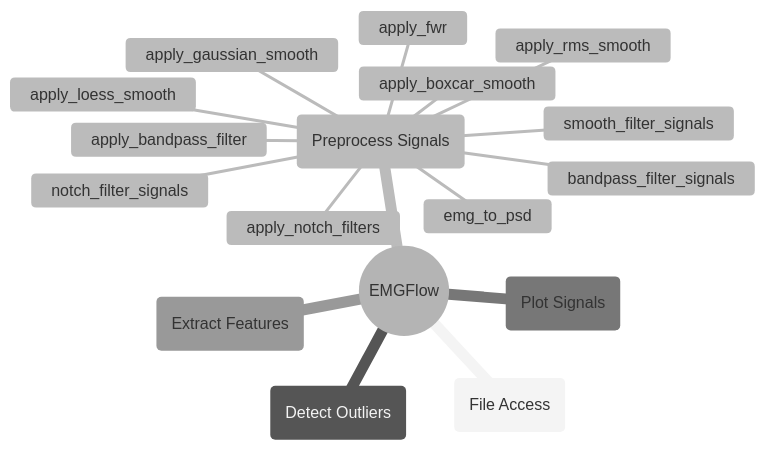
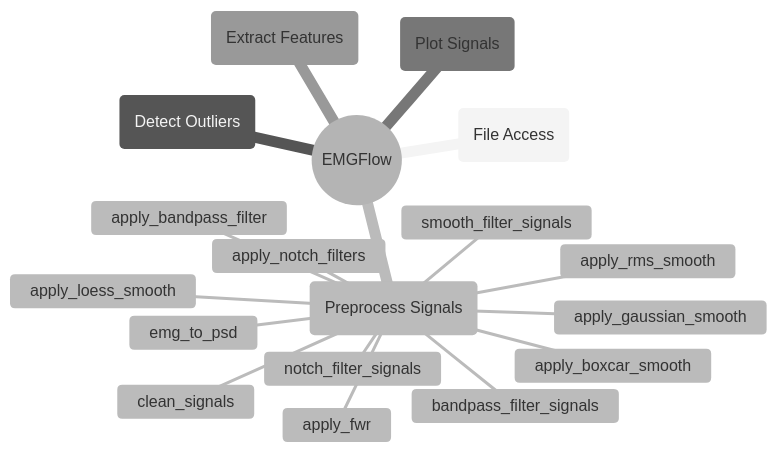
The diagram in docs/reference/preprocess-signals.md (WiIIson/EMGFlow-Python-Package), drawn with Mermaid (neutral theme) before and after one commit. The commit also changed 2 other files, not shown here.

Commit message:
Visual changes
Changed page display order

Updated function mindmaps

````diff
--- a/docs/reference/preprocess-signals.md
+++ b/docs/reference/preprocess-signals.md
@@ -7,20 +7,21 @@
 ```mermaid
 mindmap
     root((EMGFlow))
         AF(File Access)
         DO(Detect Outliers)
         PrS(Preprocess Signals)
             emg_to_psd
             apply_notch_filters
             notch_filter_signals
             apply_bandpass_filter
             bandpass_filter_signals
             apply_fwr
             apply_boxcar_smooth
             apply_rms_smooth
             apply_gaussian_smooth
             apply_loess_smooth
             smooth_filter_signals
+            clean_signals
         PlS(Plot Signals)
         EF(Extract Features)
 ```
````
